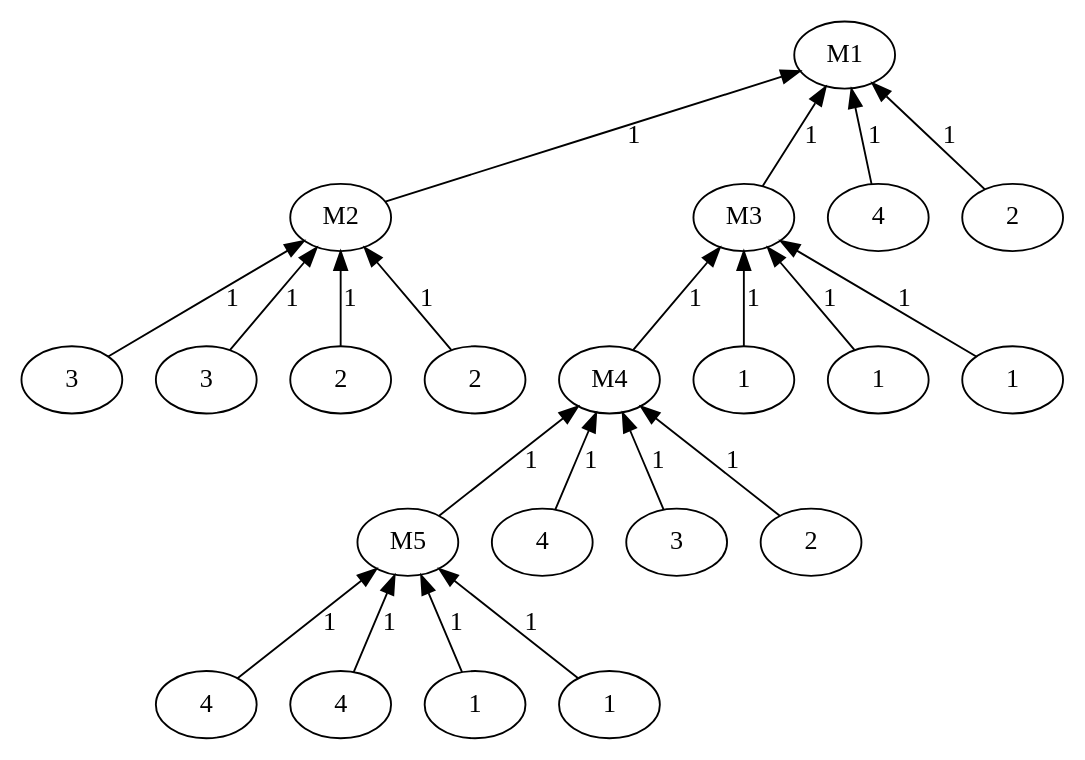
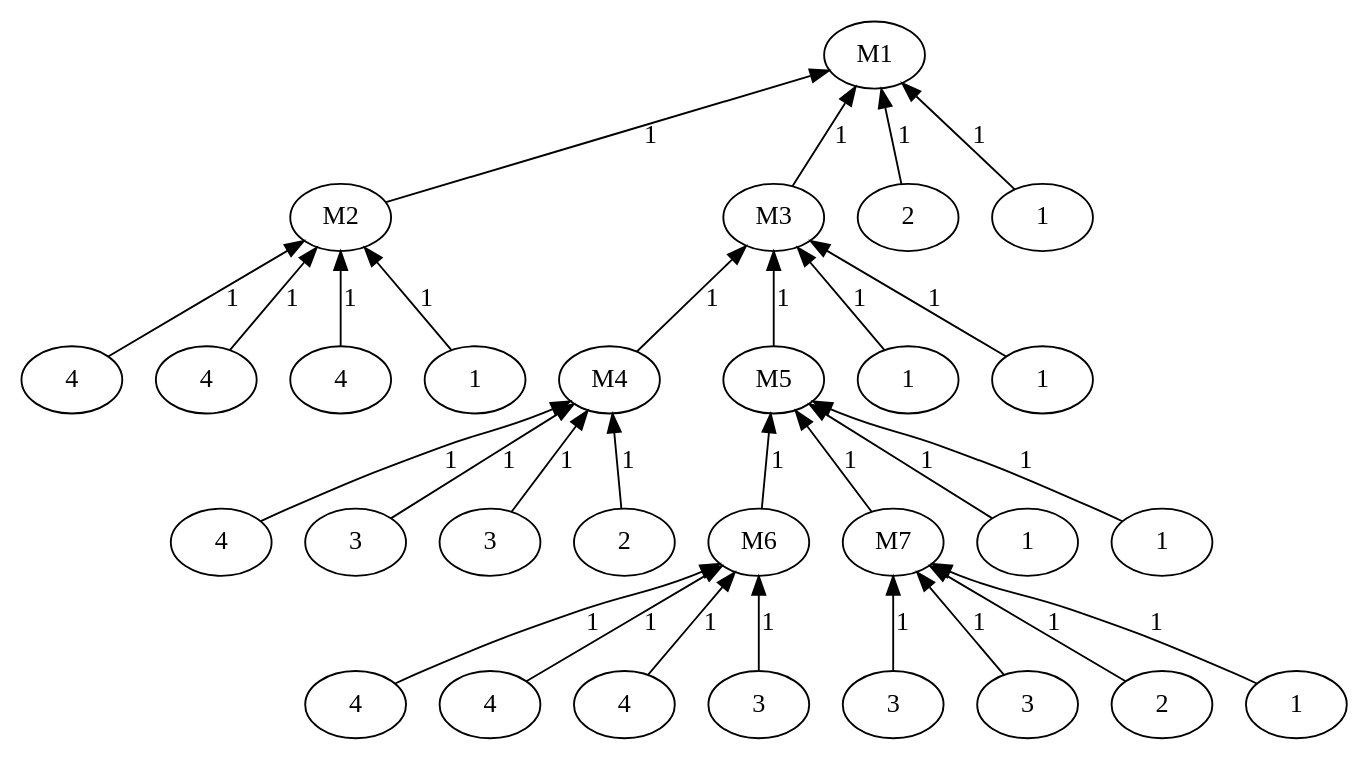
One commit to AbhikKhan/MTP_IITG changed the diagram in Previous Work/output_raw.dot. Above: the diagram before and after it, drawn with Graphviz. The commit also changed 110 other files, not shown here.

```diff
--- a/Previous Work/output_raw.dot
+++ b/Previous Work/output_raw.dot
@@ -1,45 +1,61 @@
 digraph G {
 labeljust=left;
 labelloc=top;
-62838921 [label=M1];
-98972665 [label=M2];
-46472331 [label=3];
-15433271 [label=3];
-48576829 [label=2];
-80627318 [label=2];
-74997004 [label=M3];
-19649612 [label=M4];
-69538929 [label=M5];
-63617231 [label=4];
-26440814 [label=4];
-12890344 [label=1];
-83274144 [label=1];
-13724342 [label=4];
-26636285 [label=3];
-61286599 [label=2];
-45595047 [label=1];
-7700222 [label=1];
-96750513 [label=1];
-83757494 [label=4];
-70413632 [label=2];
-62838921 -> 98972665  [dir=back, label=1];
-98972665 -> 46472331  [dir=back, label=1];
-98972665 -> 15433271  [dir=back, label=1];
-98972665 -> 48576829  [dir=back, label=1];
-98972665 -> 80627318  [dir=back, label=1];
-62838921 -> 74997004  [dir=back, label=1];
-74997004 -> 19649612  [dir=back, label=1];
-19649612 -> 69538929  [dir=back, label=1];
-69538929 -> 63617231  [dir=back, label=1];
-69538929 -> 26440814  [dir=back, label=1];
-69538929 -> 12890344  [dir=back, label=1];
-69538929 -> 83274144  [dir=back, label=1];
-19649612 -> 13724342  [dir=back, label=1];
-19649612 -> 26636285  [dir=back, label=1];
-19649612 -> 61286599  [dir=back, label=1];
-74997004 -> 45595047  [dir=back, label=1];
-74997004 -> 7700222  [dir=back, label=1];
-74997004 -> 96750513  [dir=back, label=1];
-62838921 -> 83757494  [dir=back, label=1];
-62838921 -> 70413632  [dir=back, label=1];
+70472389 [label=M1];
+57524616 [label=M2];
+10511721 [label=4];
+28567909 [label=4];
+25704891 [label=4];
+24000545 [label=1];
+17698305 [label=M3];
+91392912 [label=M4];
+2948385 [label=4];
+15474663 [label=3];
+7590996 [label=3];
+73761513 [label=2];
+55055677 [label=M5];
+99917365 [label=M6];
+85350431 [label=4];
+53640220 [label=4];
+70545294 [label=4];
+41499926 [label=3];
+3057510 [label=M7];
+17309421 [label=3];
+44405527 [label=3];
+17351915 [label=2];
+9094987 [label=1];
+5720192 [label=1];
+40712903 [label=1];
+28952149 [label=1];
+43677950 [label=1];
+70593132 [label=2];
+72172733 [label=1];
+70472389 -> 57524616  [dir=back, label=1];
+57524616 -> 10511721  [dir=back, label=1];
+57524616 -> 28567909  [dir=back, label=1];
+57524616 -> 25704891  [dir=back, label=1];
+57524616 -> 24000545  [dir=back, label=1];
+70472389 -> 17698305  [dir=back, label=1];
+17698305 -> 91392912  [dir=back, label=1];
+91392912 -> 2948385  [dir=back, label=1];
+91392912 -> 15474663  [dir=back, label=1];
+91392912 -> 7590996  [dir=back, label=1];
+91392912 -> 73761513  [dir=back, label=1];
+17698305 -> 55055677  [dir=back, label=1];
+55055677 -> 99917365  [dir=back, label=1];
+99917365 -> 85350431  [dir=back, label=1];
+99917365 -> 53640220  [dir=back, label=1];
+99917365 -> 70545294  [dir=back, label=1];
+99917365 -> 41499926  [dir=back, label=1];
+55055677 -> 3057510  [dir=back, label=1];
+3057510 -> 17309421  [dir=back, label=1];
+3057510 -> 44405527  [dir=back, label=1];
+3057510 -> 17351915  [dir=back, label=1];
+3057510 -> 9094987  [dir=back, label=1];
+55055677 -> 5720192  [dir=back, label=1];
+55055677 -> 40712903  [dir=back, label=1];
+17698305 -> 28952149  [dir=back, label=1];
+17698305 -> 43677950  [dir=back, label=1];
+70472389 -> 70593132  [dir=back, label=1];
+70472389 -> 72172733  [dir=back, label=1];
 }
```
